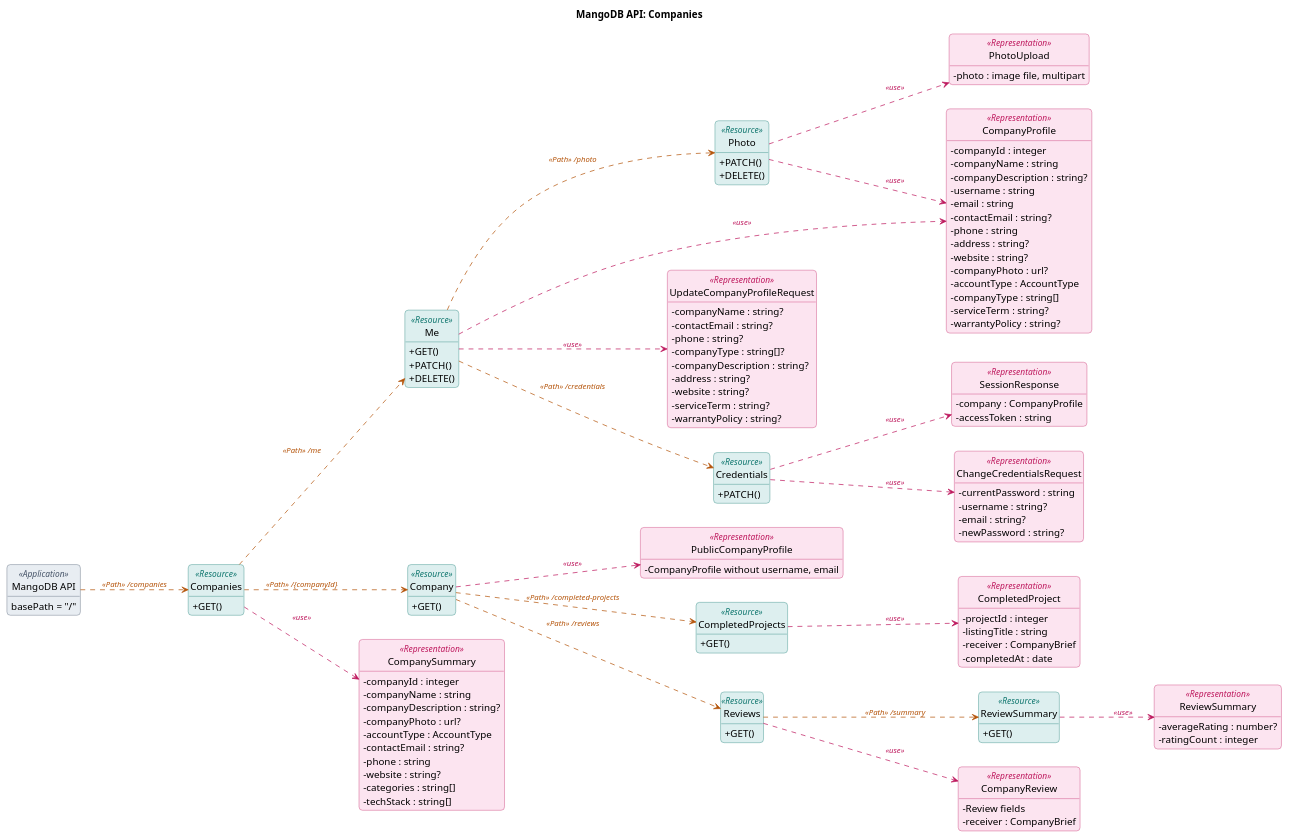
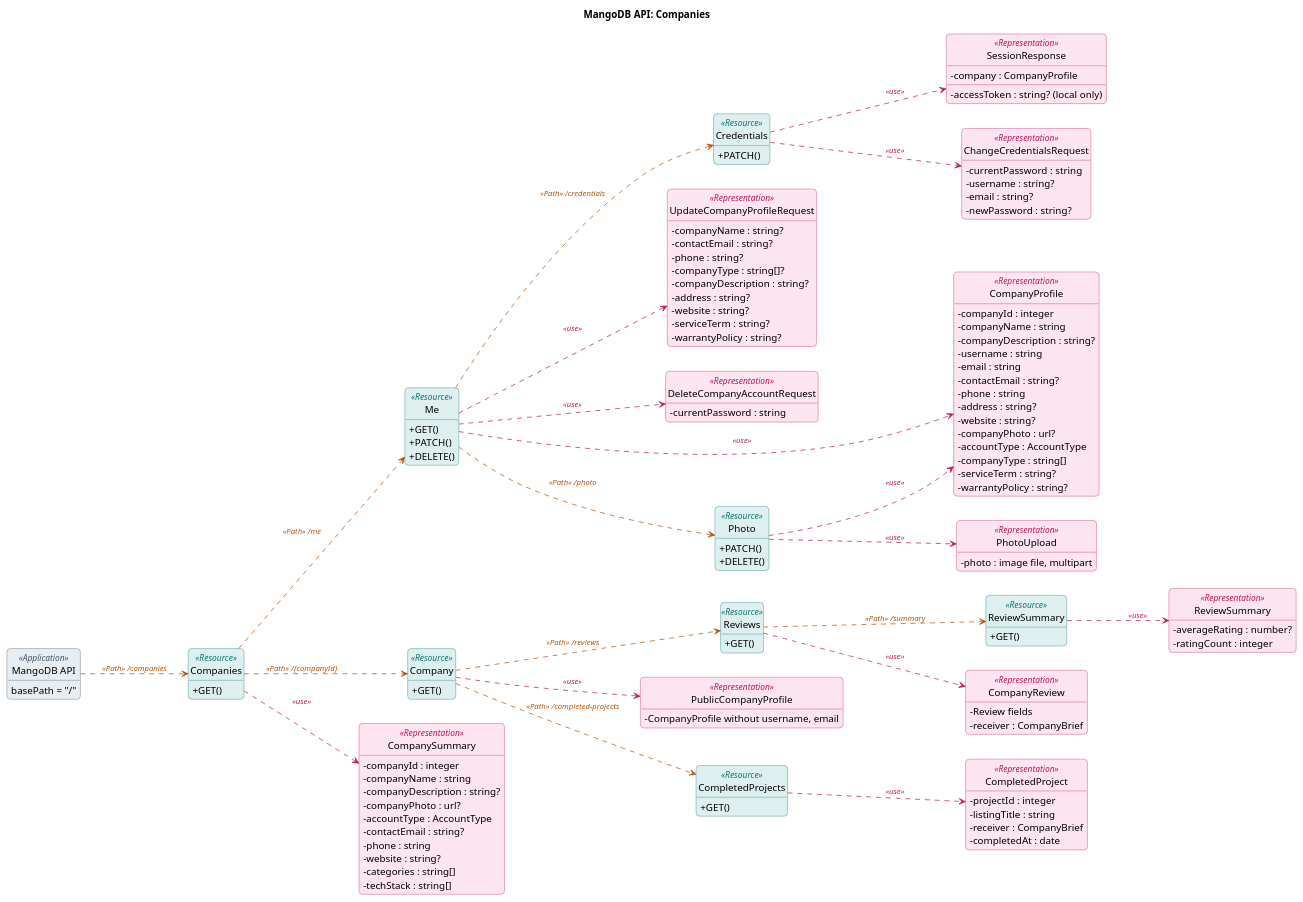
The diagram in docs/api/uml/companies.puml (taofuuu/MangoDB), drawn with PlantUML before and after one commit. The commit also changed 2 other files, not shown here.

```diff
--- a/docs/api/uml/companies.puml
+++ b/docs/api/uml/companies.puml
@@ -1,143 +1,147 @@
 @startuml
 left to right direction
 skinparam classAttributeIconSize 0
 hide circle
 hide empty members
 skinparam shadowing false
 skinparam roundcorner 10
 skinparam ClassFontStyle bold
 skinparam ClassAttributeFontStyle plain
 skinparam ArrowFontSize 11
 skinparam class {
   BackgroundColor<<Application>> #E8EDF2
   BorderColor<<Application>> #475569
   BackgroundColor<<Resource>> #DDEFEF
   BorderColor<<Resource>> #0F766E
   BackgroundColor<<Representation>> #FCE4F0
   BorderColor<<Representation>> #BE185D
   StereotypeFontColor<<Application>> #475569
   StereotypeFontColor<<Resource>> #0F766E
   StereotypeFontColor<<Representation>> #BE185D
 }
 title MangoDB API: Companies
 
 class "MangoDB API" as API <<Application>> {
   basePath = "/"
 }
 class "Companies" as Companies <<Resource>> {
   + GET()
 }
 class "Me" as Me <<Resource>> {
   + GET()
   + PATCH()
   + DELETE()
 }
 class "Credentials" as Credentials <<Resource>> {
   + PATCH()
 }
 class "Photo" as Photo <<Resource>> {
   + PATCH()
   + DELETE()
 }
 class "Company" as Company <<Resource>> {
   + GET()
 }
 class "CompletedProjects" as CompletedProjects <<Resource>> {
   + GET()
 }
 class "Reviews" as Reviews <<Resource>> {
   + GET()
 }
 class "ReviewSummary" as ReviewSummaryR <<Resource>> {
   + GET()
 }
 class "CompanySummary" as CompanySummaryRep <<Representation>> {
   -companyId : integer
   -companyName : string
   -companyDescription : string?
   -companyPhoto : url?
   -accountType : AccountType
   -contactEmail : string?
   -phone : string
   -website : string?
   -categories : string[]
   -techStack : string[]
 }
 class "CompanyProfile" as CompanyProfileRep <<Representation>> {
   -companyId : integer
   -companyName : string
   -companyDescription : string?
   -username : string
   -email : string
   -contactEmail : string?
   -phone : string
   -address : string?
   -website : string?
   -companyPhoto : url?
   -accountType : AccountType
   -companyType : string[]
   -serviceTerm : string?
   -warrantyPolicy : string?
 }
 class "UpdateCompanyProfileRequest" as UpdateCompanyProfileRequestRep <<Representation>> {
   -companyName : string?
   -contactEmail : string?
   -phone : string?
   -companyType : string[]?
   -companyDescription : string?
   -address : string?
   -website : string?
   -serviceTerm : string?
   -warrantyPolicy : string?
 }
 class "ChangeCredentialsRequest" as ChangeCredentialsRequestRep <<Representation>> {
   -currentPassword : string
   -username : string?
   -email : string?
   -newPassword : string?
 }
 class "SessionResponse" as SessionResponseRep <<Representation>> {
   -company : CompanyProfile
-  -accessToken : string
+  -accessToken : string? (local only)
+}
+class "DeleteCompanyAccountRequest" as DeleteCompanyAccountRequestRep <<Representation>> {
+  -currentPassword : string
 }
 class "PhotoUpload" as PhotoUploadRep <<Representation>> {
   -photo : image file, multipart
 }
 class "PublicCompanyProfile" as PublicCompanyProfileRep <<Representation>> {
   -CompanyProfile without username, email
 }
 class "CompletedProject" as CompletedProjectRep <<Representation>> {
   -projectId : integer
   -listingTitle : string
   -receiver : CompanyBrief
   -completedAt : date
 }
 class "CompanyReview" as CompanyReviewRep <<Representation>> {
   -Review fields
   -receiver : CompanyBrief
 }
 class "ReviewSummary" as ReviewSummaryRep <<Representation>> {
   -averageRating : number?
   -ratingCount : integer
 }
 
 API -[#B45309,dashed]-> Companies : <i><color:#B45309>«Path» /companies</color></i>
 Companies -[#BE185D,dashed]-> CompanySummaryRep : <i><color:#BE185D>«use»</color></i>
 Companies -[#B45309,dashed]-> Me : <i><color:#B45309>«Path» /me</color></i>
 Me -[#BE185D,dashed]-> CompanyProfileRep : <i><color:#BE185D>«use»</color></i>
 Me -[#BE185D,dashed]-> UpdateCompanyProfileRequestRep : <i><color:#BE185D>«use»</color></i>
+Me -[#BE185D,dashed]-> DeleteCompanyAccountRequestRep : <i><color:#BE185D>«use»</color></i>
 Me -[#B45309,dashed]-> Credentials : <i><color:#B45309>«Path» /credentials</color></i>
 Credentials -[#BE185D,dashed]-> ChangeCredentialsRequestRep : <i><color:#BE185D>«use»</color></i>
 Credentials -[#BE185D,dashed]-> SessionResponseRep : <i><color:#BE185D>«use»</color></i>
 Me -[#B45309,dashed]-> Photo : <i><color:#B45309>«Path» /photo</color></i>
 Photo -[#BE185D,dashed]-> PhotoUploadRep : <i><color:#BE185D>«use»</color></i>
 Photo -[#BE185D,dashed]-> CompanyProfileRep : <i><color:#BE185D>«use»</color></i>
 Companies -[#B45309,dashed]-> Company : <i><color:#B45309>«Path» /{companyId}</color></i>
 Company -[#BE185D,dashed]-> PublicCompanyProfileRep : <i><color:#BE185D>«use»</color></i>
 Company -[#B45309,dashed]-> CompletedProjects : <i><color:#B45309>«Path» /completed-projects</color></i>
 CompletedProjects -[#BE185D,dashed]-> CompletedProjectRep : <i><color:#BE185D>«use»</color></i>
 Company -[#B45309,dashed]-> Reviews : <i><color:#B45309>«Path» /reviews</color></i>
 Reviews -[#BE185D,dashed]-> CompanyReviewRep : <i><color:#BE185D>«use»</color></i>
 Reviews -[#B45309,dashed]-> ReviewSummaryR : <i><color:#B45309>«Path» /summary</color></i>
 ReviewSummaryR -[#BE185D,dashed]-> ReviewSummaryRep : <i><color:#BE185D>«use»</color></i>
 @enduml
```
